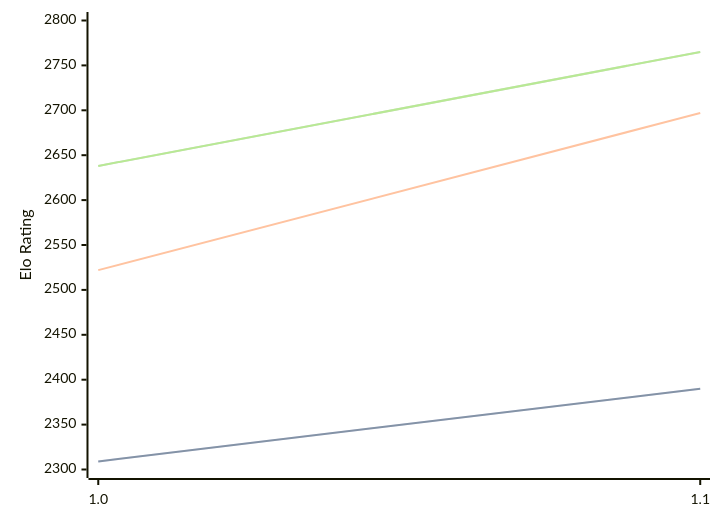
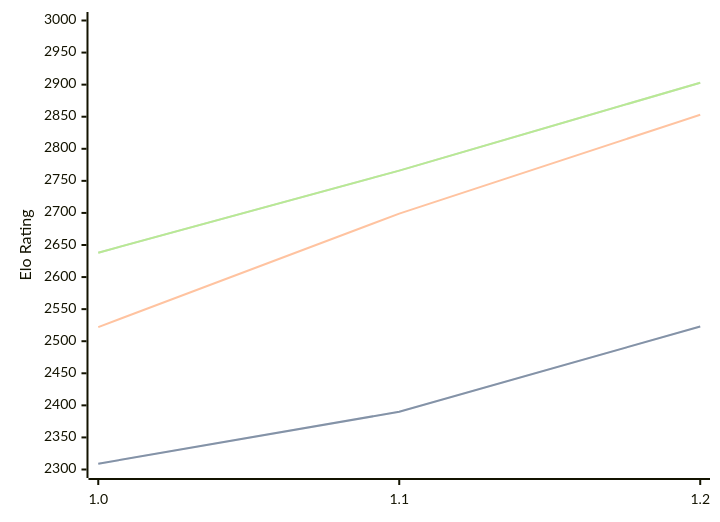
The third of 3 diagrams in engines/FoxChess.md (computer-chess-index/cci), drawn with Mermaid before and after one commit. The commit also changed other lines of this file, not shown here.

Commit message:
Update CCI Ratings (ELO VLTC) - 2026-06-22

````diff
--- a/engines/FoxChess.md
+++ b/engines/FoxChess.md
@@ -66,11 +66,11 @@
 ```mermaid
 %%{init: {"theme":"base","themeVariables":{"seriesColors:['#a3a3a3','#222221','#faa371']}}}%%
 xychart-beta
-  x-axis ["1.0", "1.1"]
-  y-axis "Elo Rating" 2300 --> 2800
-  line "STC (8.0+0.08s)" [2309, 2390]
-  line "STC (8.0+0.08s)" [2309, 2390]
-  line "LTC (60.0+0.60s)" [2522, 2697]
-  line "VLTC (2m24s+1.12s)" [2638, 2765]
-  line "VLTC (2m24s+1.12s)" [2638, 2765]
+  x-axis ["1.0", "1.1", "1.2"]
+  y-axis "Elo Rating" 2300 --> 3000
+  line "STC (8.0+0.08s)" [2309, 2390, 2523]
+  line "STC (8.0+0.08s)" [2309, 2390, 2523]
+  line "LTC (60.0+0.60s)" [2522, 2699, 2853]
+  line "VLTC (2m24s+1.12s)" [2638, 2766, 2903]
+  line "VLTC (2m24s+1.12s)" [2638, 2766, 2903]
 ```
````
